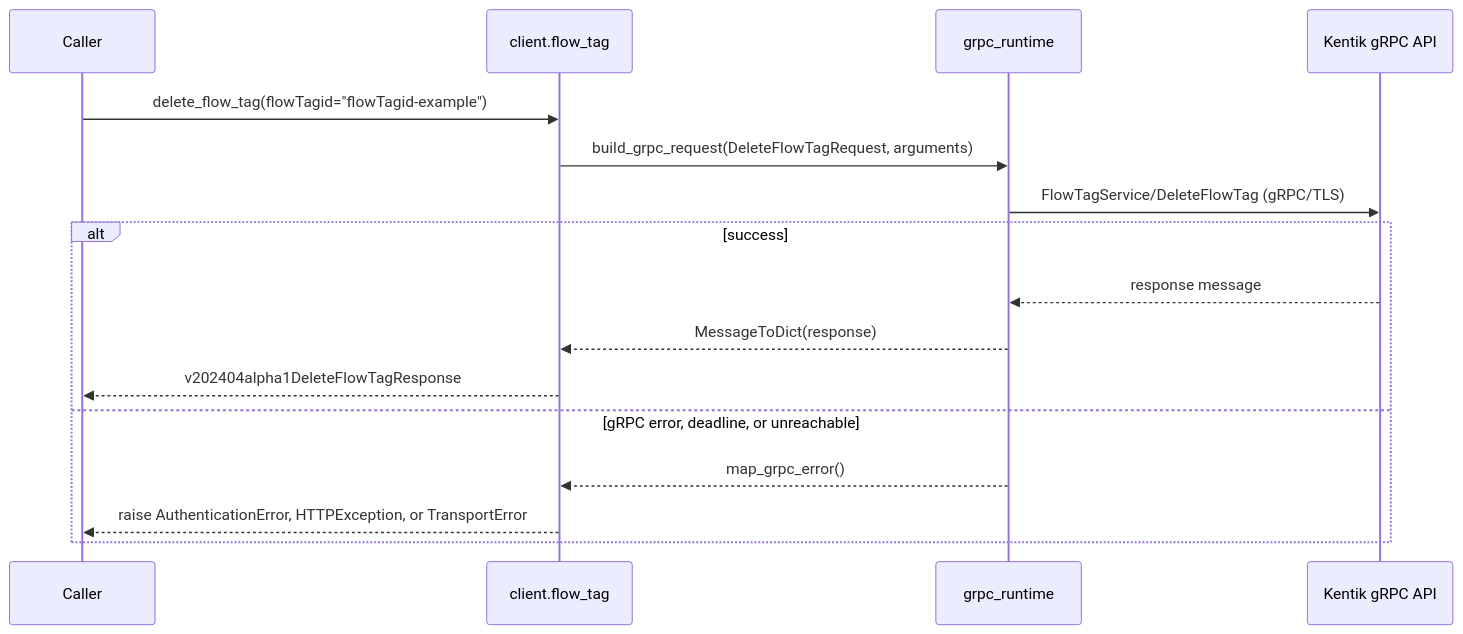
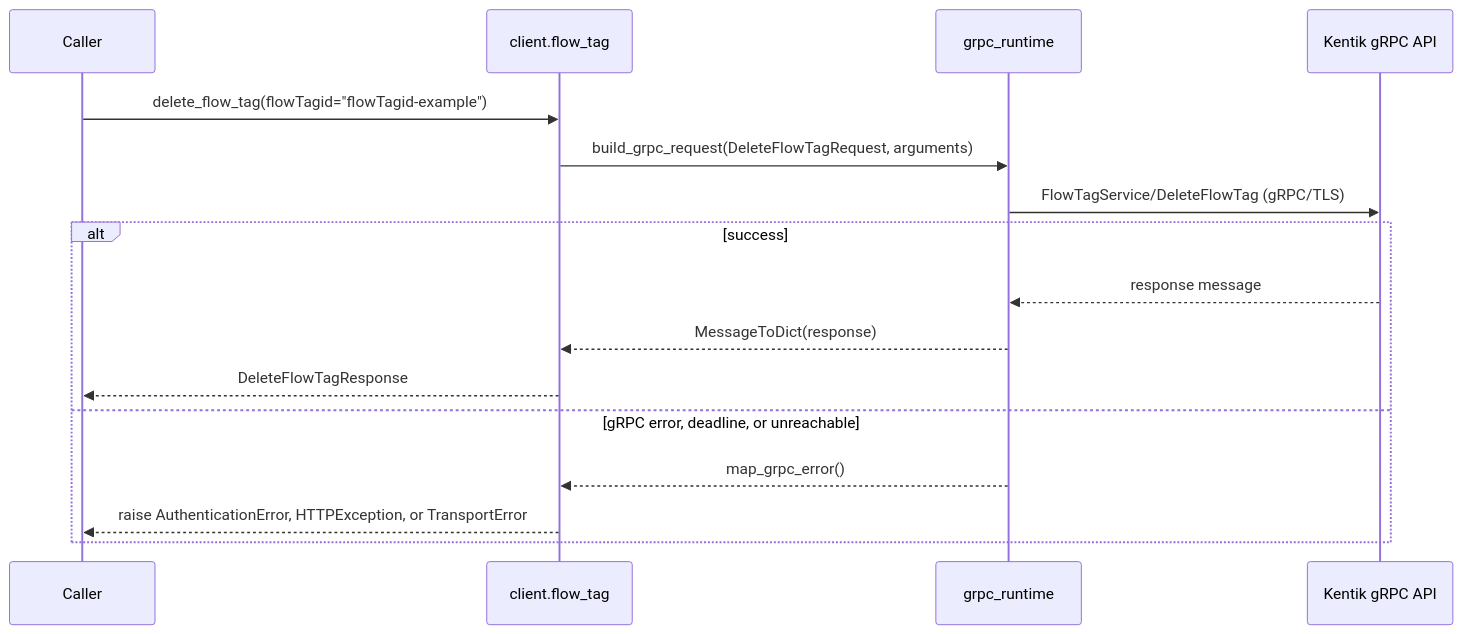
One commit to alexdearaujo/community_sdk_python changed diagram 11 of 12 in docs/sphinx/services/flow_tag.md. Above: the diagram before and after it, drawn with Mermaid. The commit also changed other lines of this file and 38 other files, not shown here.

````diff
--- a/docs/sphinx/services/flow_tag.md
+++ b/docs/sphinx/services/flow_tag.md
@@ -367,19 +367,19 @@
 ```mermaid
 sequenceDiagram
     participant C as Caller
     participant W as client.flow_tag
     participant R as grpc_runtime
     participant API as Kentik gRPC API
 
     C->>W: delete_flow_tag(flowTagid="flowTagid-example")
     W->>R: build_grpc_request(DeleteFlowTagRequest, arguments)
     R->>API: FlowTagService/DeleteFlowTag (gRPC/TLS)
     alt success
         API-->>R: response message
         R-->>W: MessageToDict(response)
-        W-->>C: v202404alpha1DeleteFlowTagResponse
+        W-->>C: DeleteFlowTagResponse
     else gRPC error, deadline, or unreachable
         R-->>W: map_grpc_error()
         W-->>C: raise AuthenticationError, HTTPException, or TransportError
     end
 ```
````
